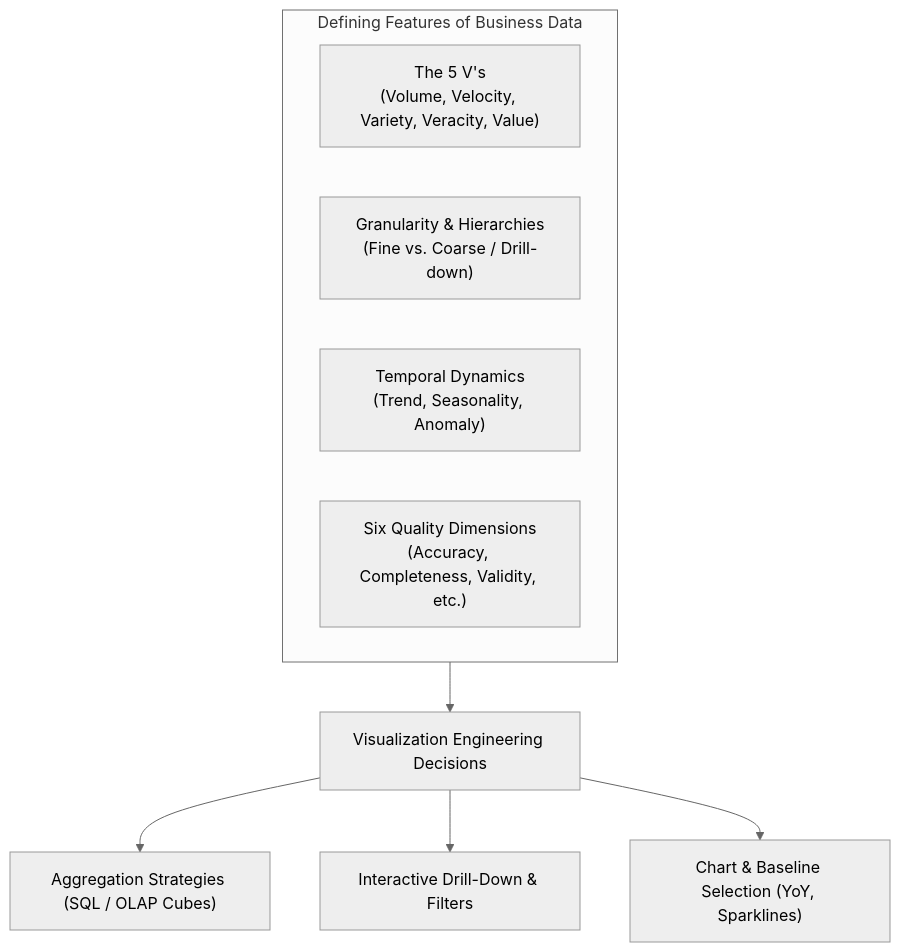
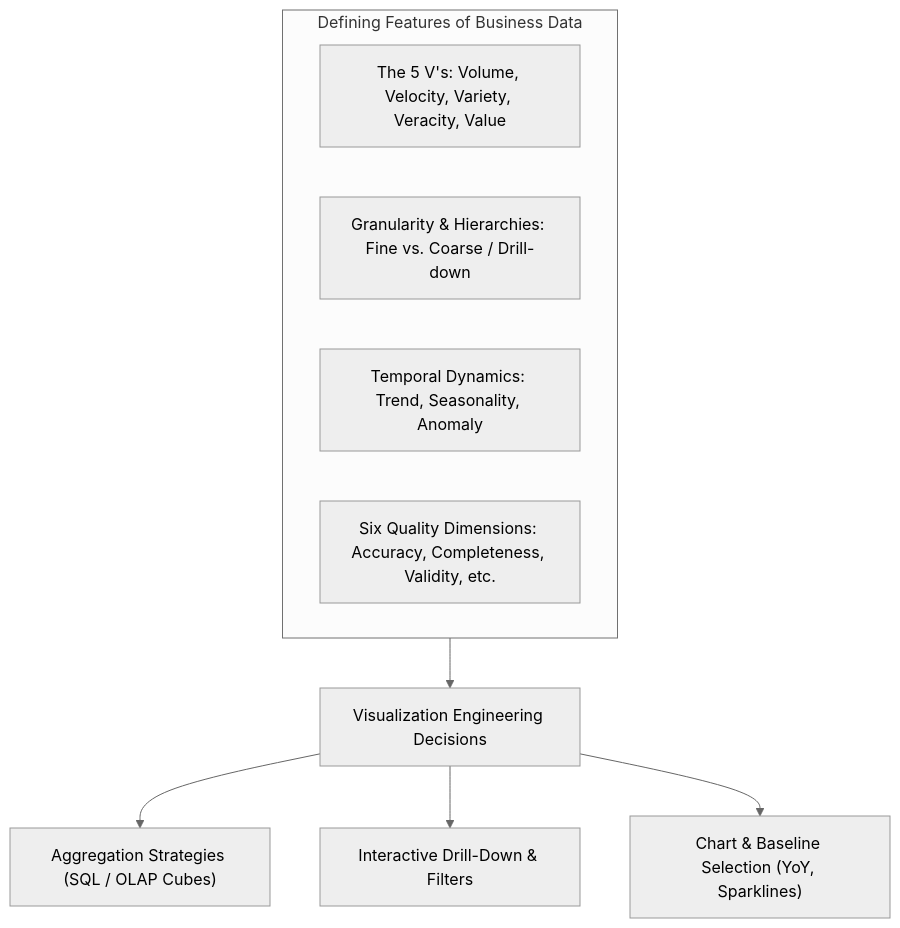
One commit to DeepLumiere/DeepSkills changed the first of 8 diagrams in notes/data_analysis/Chapter9_Features_of_Business_Data.md. Above: the diagram before and after it, drawn with Mermaid (neutral theme). The commit also changed other lines of this file and 56 other files, not shown here.

````diff
--- a/notes/data_analysis/Chapter9_Features_of_Business_Data.md
+++ b/notes/data_analysis/Chapter9_Features_of_Business_Data.md
@@ -18,14 +18,14 @@
 ```mermaid
 flowchart TD
-    subgraph DataFeatures["Defining Features of Business Data"]
-        V5["The 5 V's<br/>(Volume, Velocity, Variety, Veracity, Value)"]
-        GR["Granularity & Hierarchies<br/>(Fine vs. Coarse / Drill-down)"]
-        TM["Temporal Dynamics<br/>(Trend, Seasonality, Anomaly)"]
-        DQ["Six Quality Dimensions<br/>(Accuracy, Completeness, Validity, etc.)"]
+    subgraph DataFeatures ["Defining Features of Business Data"]
+        V5["The 5 V's: Volume, Velocity, Variety, Veracity, Value"]
+        GR["Granularity & Hierarchies: Fine vs. Coarse / Drill-down"]
+        TM["Temporal Dynamics: Trend, Seasonality, Anomaly"]
+        DQ["Six Quality Dimensions: Accuracy, Completeness, Validity, etc."]
     end
     
     DataFeatures --> VisDecision["Visualization Engineering Decisions"]
     VisDecision --> AGG["Aggregation Strategies (SQL / OLAP Cubes)"]
     VisDecision --> UI["Interactive Drill-Down & Filters"]
     VisDecision --> CHART["Chart & Baseline Selection (YoY, Sparklines)"]
 ```
````
